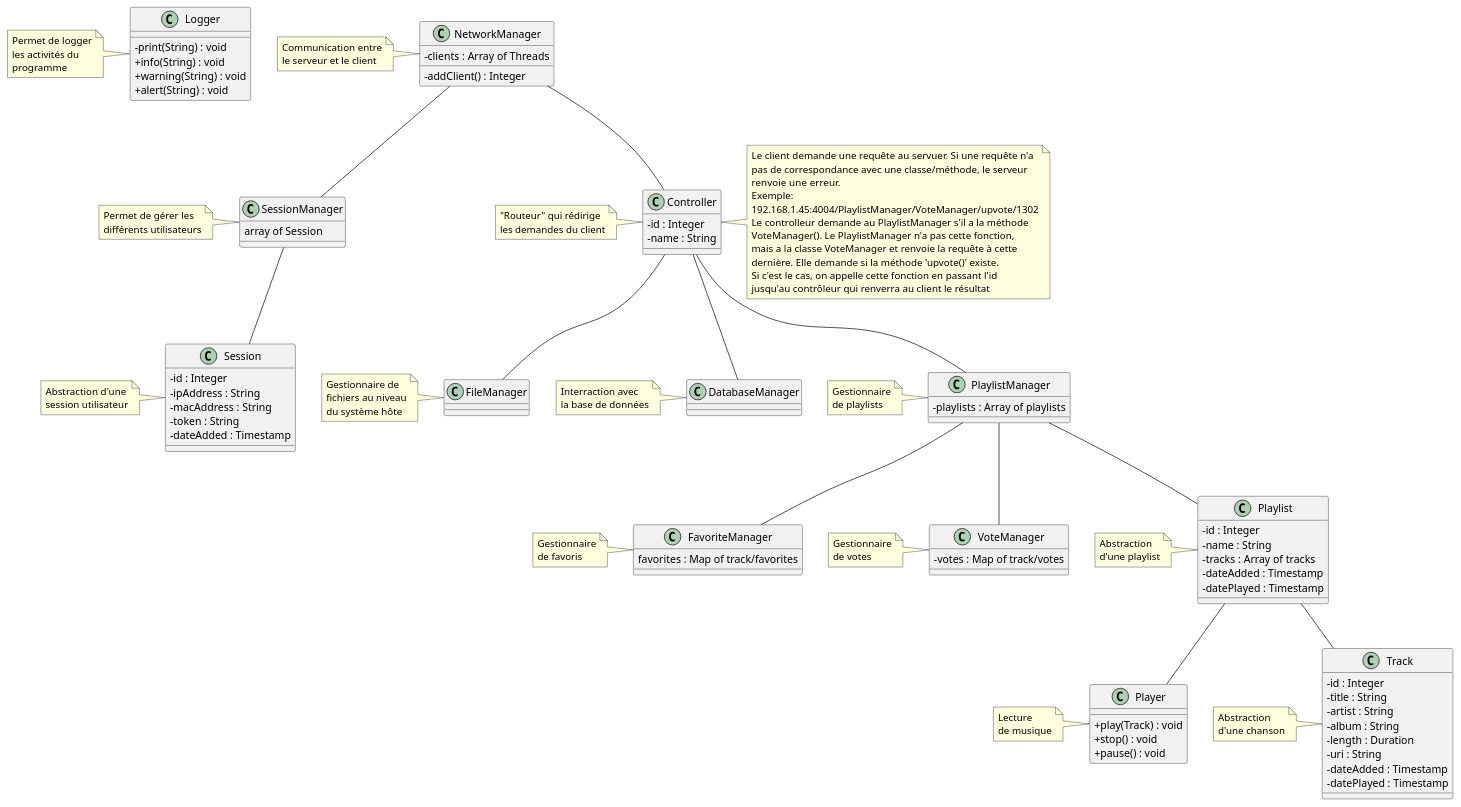
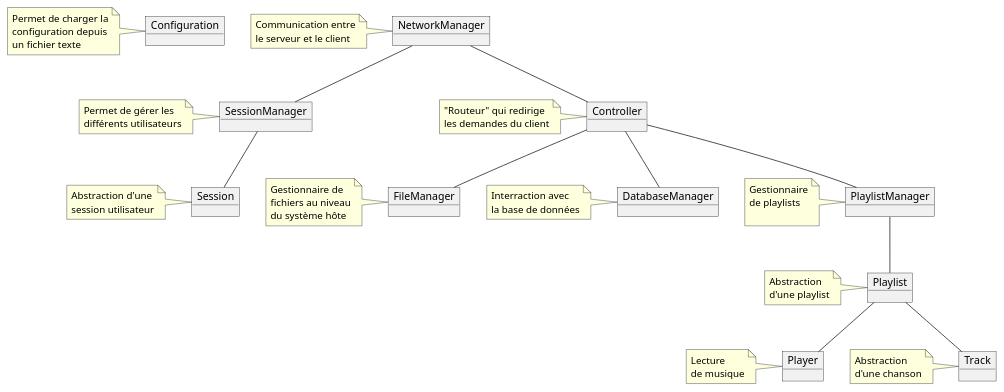
The diagram in doc/commusica/UML.puml (heig-vd-pro2017/projet), drawn with PlantUML before and after one commit. The commit also changed 10 other files, not shown here.

```diff
--- a/doc/commusica/UML.puml
+++ b/doc/commusica/UML.puml
@@ -1,180 +1,98 @@
 @startuml
 
-skinparam classAttributeIconSize 0
+object Configuration
 
-class Logger {
-    -print(String) : void
-    +info(String) : void
-    +warning(String) : void
-    +alert(String) : void
-}
+object NetworkManager
 
-class NetworkManager {
-    -clients : Array of Threads
+object SessionManager
 
-    -addClient() : Integer
+object Session
 
-}
+object Controller
 
-class SessionManager {
-    array of Session
-}
+object FileManager
 
-class Session {
-    -id : Integer
-    -ipAddress : String
-    -macAddress : String
-    -token : String
-    -dateAdded : Timestamp
-}
+object DatabaseManager
 
-class Controller {
-    -id : Integer
-    -name : String
-}
+object PlaylistManager
 
-class FileManager {
+object Playlist
 
-}
+object Player
 
-class DatabaseManager {
-
-}
-
-class PlaylistManager {
-    -playlists : Array of playlists
-}
-
-class FavoriteManager {
-    favorites : Map of track/favorites
-}
-
-class VoteManager {
-    -votes : Map of track/votes
-}
-
-class Playlist {
-    -id : Integer
-    -name : String
-    -tracks : Array of tracks
-    -dateAdded : Timestamp
-    -datePlayed : Timestamp
-}
-
-class Player {
-    +play(Track) : void
-    +stop() : void
-    +pause() : void
-}
-
-class Track {
-    -id : Integer
-    -title : String
-    -artist : String
-    -album : String
-    -length : Duration
-    -uri : String
-    -dateAdded : Timestamp
-    -datePlayed : Timestamp
-}
+object Track
 
 NetworkManager -- Controller
 
 NetworkManager -- SessionManager
 
 SessionManager -- Session
 
 Controller -- FileManager
 Controller -- DatabaseManager
 Controller -- PlaylistManager
 
-PlaylistManager -- FavoriteManager
-PlaylistManager -- VoteManager
 PlaylistManager -- Playlist
 
 Playlist -- Player
 Playlist -- Track
 
-note left of Logger
-    Permet de logger
-    les activités du
-    programme
+note left of Configuration
+    Permet de charger la
+    configuration depuis
+    un fichier texte
 endnote
 
 note left of NetworkManager
     Communication entre
     le serveur et le client
 endnote
 
 note left of SessionManager
     Permet de gérer les
     différents utilisateurs
 endnote
 
 note left of Session
     Abstraction d'une
     session utilisateur
 endnote
 
 note left of Controller
-    "Routeur" qui rédirige
+    "Routeur" qui redirige
     les demandes du client
-endnote
-
-note  right of Controller
-    Le client demande une requête au servuer. Si une requête n'a
-    pas de correspondance avec une classe/méthode, le serveur
-    renvoie une erreur.
-    Exemple:
-    192.168.1.45:4004/PlaylistManager/VoteManager/upvote/1302
-    Le controlleur demande au PlaylistManager s'il a la méthode
-    VoteManager(). Le PlaylistManager n'a pas cette fonction,
-    mais a la classe VoteManager et renvoie la requête à cette
-    dernière. Elle demande si la méthode 'upvote()' existe.
-    Si c'est le cas, on appelle cette fonction en passant l'id
-    '1302' en paramètre à la fonction. Son résultat est retourné
-    jusqu'au contrôleur qui renverra au client le résultat
 endnote
 
 note left of FileManager
     Gestionnaire de
     fichiers au niveau
     du système hôte
 endnote
 
 note left of DatabaseManager
     Interraction avec
     la base de données
 endnote
 
 note left of PlaylistManager
     Gestionnaire
     de playlists
-endnote
 
-note left of FavoriteManager
-    Gestionnaire
-    de favoris
-endnote
-
-note left of VoteManager
-    Gestionnaire
-    de votes
 endnote
 
 note left of Playlist
     Abstraction
     d'une playlist
 endnote
 
 note left of Player
     Lecture
     de musique
 endnote
 
 note left of Track
     Abstraction
     d'une chanson
 endnote
 
 @enduml
```
